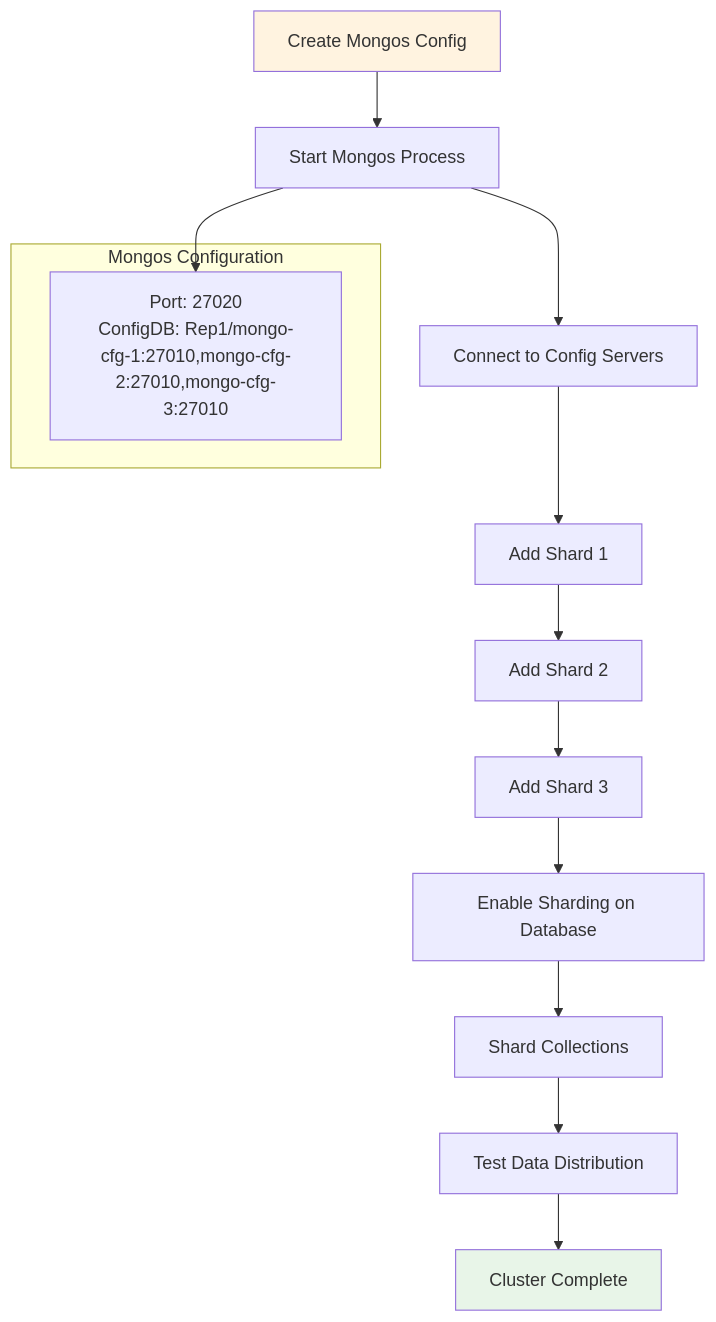
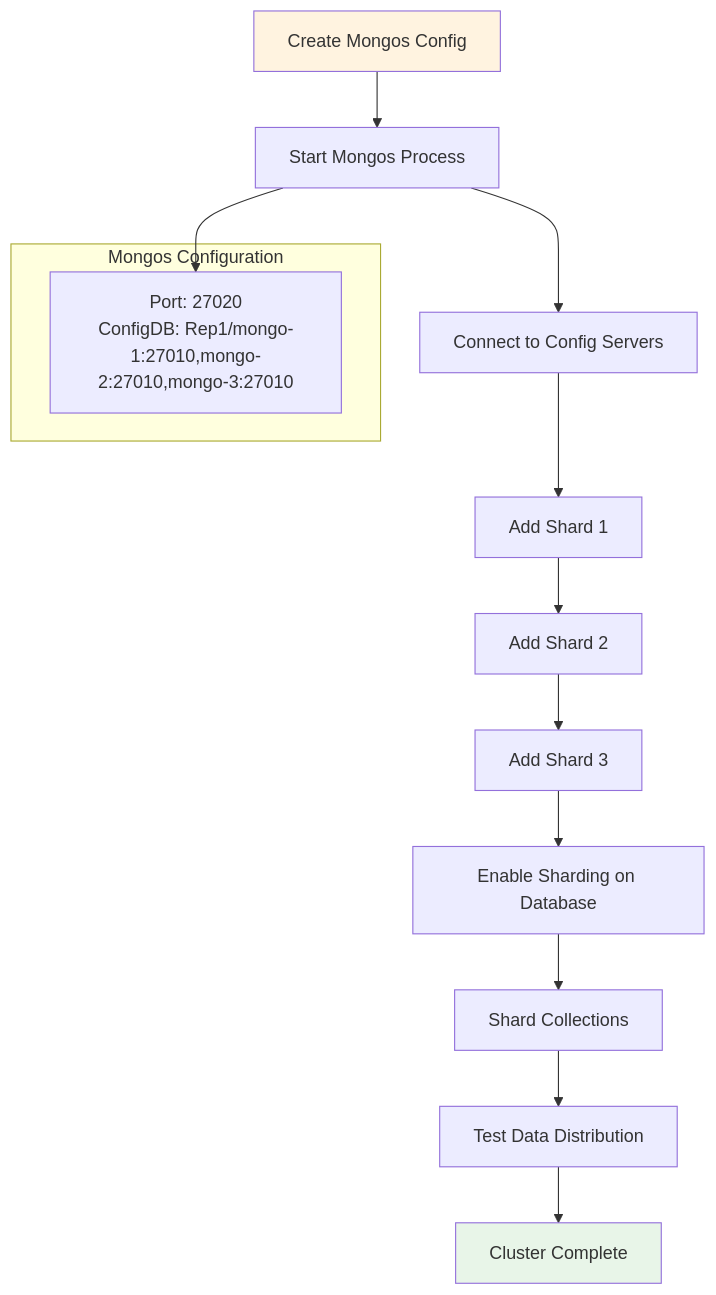
The ninth of 18 diagrams in DB/Mongo-Sharding/mongo-sharding-practice.md (ngockhanhvd2812/DBA), drawn with Mermaid before and after one commit. The commit also changed other lines of this file, not shown here.

````diff
--- a/DB/Mongo-Sharding/mongo-sharding-practice.md
+++ b/DB/Mongo-Sharding/mongo-sharding-practice.md
@@ -944,21 +962,21 @@
 ```mermaid
 flowchart TD
     A[Create Mongos Config] --> B[Start Mongos Process]
     B --> C[Connect to Config Servers]
     C --> D[Add Shard 1]
     D --> E[Add Shard 2]
     E --> F[Add Shard 3]
     F --> G[Enable Sharding on Database]
     G --> H[Shard Collections]
     H --> I[Test Data Distribution]
     I --> J[Cluster Complete]
     
     style A fill:#fff3e0
     style J fill:#e8f5e8
     
     subgraph "Mongos Configuration"
-        M1["Port: 27020<br/>ConfigDB: Rep1/mongo-cfg-1:27010,mongo-cfg-2:27010,mongo-cfg-3:27010"]
+        M1["Port: 27020<br/>ConfigDB: Rep1/mongo-1:27010,mongo-2:27010,mongo-3:27010"]
     end
     
     B --> M1
 ```
````
